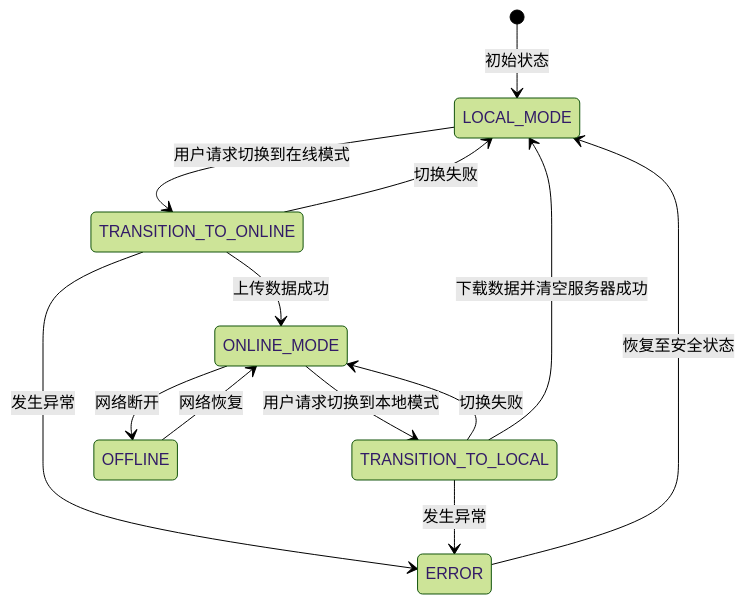
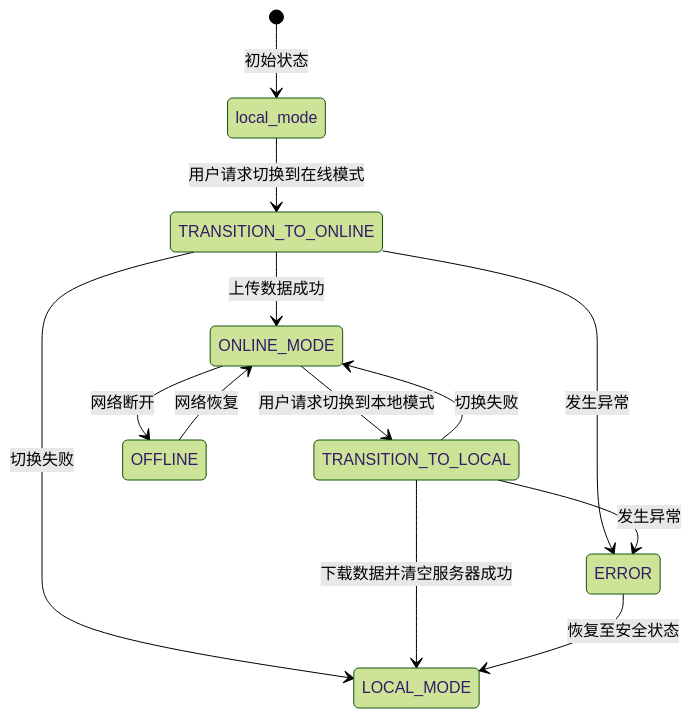
The diagram in all/未命名-48.md (yingjianzh/iodraw-files), drawn with Mermaid (forest theme) before and after one commit.

Commit message:
2025-05-07 16:17:13 update

````diff
--- a/all/未命名-48.md
+++ b/all/未命名-48.md
@@ -1,19 +1,19 @@
 ```mermaid
 stateDiagram-v2
-    [*] --> LOCAL_MODE: 初始状态
+    [*] --> local_mode: 初始状态
     
-    LOCAL_MODE --> TRANSITION_TO_ONLINE: 用户请求切换到在线模式
+    local_mode --> TRANSITION_TO_ONLINE: 用户请求切换到在线模式
     TRANSITION_TO_ONLINE --> LOCAL_MODE: 切换失败
     TRANSITION_TO_ONLINE --> ONLINE_MODE: 上传数据成功
     
     ONLINE_MODE --> TRANSITION_TO_LOCAL: 用户请求切换到本地模式
     TRANSITION_TO_LOCAL --> ONLINE_MODE: 切换失败
     TRANSITION_TO_LOCAL --> LOCAL_MODE: 下载数据并清空服务器成功
     
     ONLINE_MODE --> OFFLINE: 网络断开
     OFFLINE --> ONLINE_MODE: 网络恢复
     
     TRANSITION_TO_ONLINE --> ERROR: 发生异常
     TRANSITION_TO_LOCAL --> ERROR: 发生异常
     ERROR --> LOCAL_MODE: 恢复至安全状态
 ```
````
